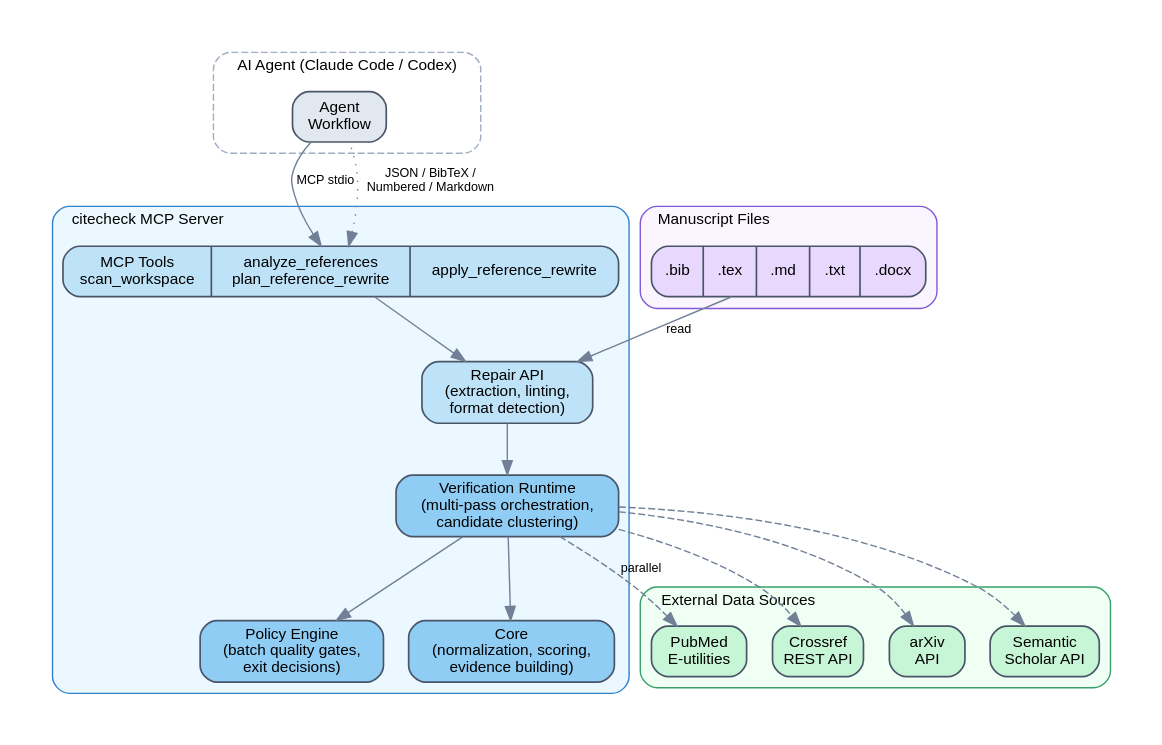
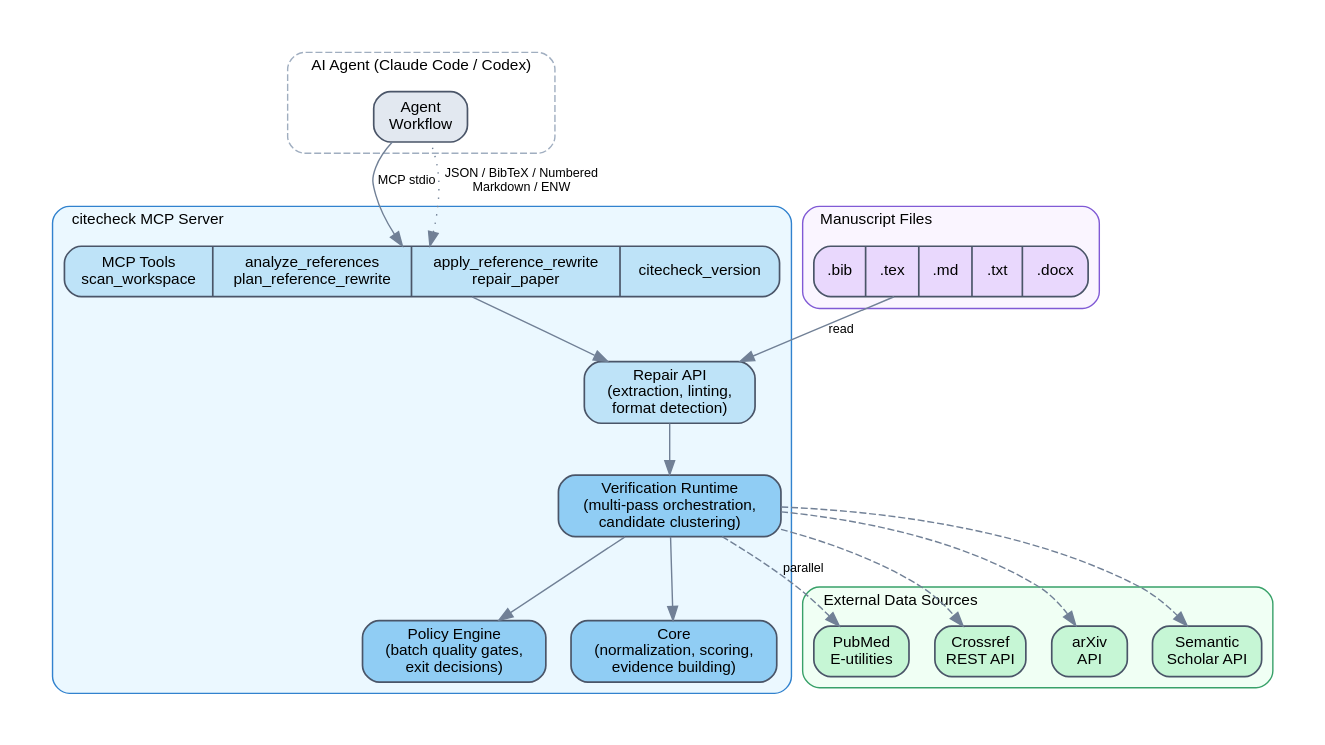
One commit to jhlee0619/citecheck changed the diagram in joss/architecture.dot. Above: the diagram before and after it, drawn with Graphviz. The commit also changed 1 other file, not shown here.

Commit message:
Fix architecture diagram: add missing tools and ENW format

```diff
--- a/joss/architecture.dot
+++ b/joss/architecture.dot
@@ -1,70 +1,70 @@
 digraph citecheck {
   rankdir=TB;
   fontname="Helvetica";
   node [fontname="Helvetica", fontsize=11, shape=box, style="rounded,filled", fillcolor="#f0f4f8", color="#4a5568", penwidth=1.2];
   edge [fontname="Helvetica", fontsize=9, color="#718096", penwidth=1.0];
   bgcolor="white";
   pad=0.3;
 
   subgraph cluster_agent {
     label="AI Agent (Claude Code / Codex)";
     labeljust=l;
     fontsize=11;
     style="dashed,rounded";
     color="#a0aec0";
     fillcolor="#fafbfc";
     agent [label="Agent\nWorkflow", fillcolor="#e2e8f0"];
   }
 
   subgraph cluster_mcp {
     label="citecheck MCP Server";
     labeljust=l;
     fontsize=11;
     style="rounded,filled";
     color="#3182ce";
     fillcolor="#ebf8ff";
 
-    tools [label="MCP Tools\nscan_workspace | analyze_references\nplan_reference_rewrite | apply_reference_rewrite", shape=record, fillcolor="#bee3f8"];
+    tools [label="MCP Tools\nscan_workspace | analyze_references\nplan_reference_rewrite | apply_reference_rewrite\nrepair_paper | citecheck_version", shape=record, fillcolor="#bee3f8"];
     repair [label="Repair API\n(extraction, linting,\nformat detection)", fillcolor="#bee3f8"];
     runtime [label="Verification Runtime\n(multi-pass orchestration,\ncandidate clustering)", fillcolor="#90cdf4"];
     policy [label="Policy Engine\n(batch quality gates,\nexit decisions)", fillcolor="#90cdf4"];
     core [label="Core\n(normalization, scoring,\nevidence building)", fillcolor="#90cdf4"];
   }
 
   subgraph cluster_sources {
     label="External Data Sources";
     labeljust=l;
     fontsize=11;
     style="rounded,filled";
     color="#38a169";
     fillcolor="#f0fff4";
 
     pubmed [label="PubMed\nE-utilities", fillcolor="#c6f6d5"];
     crossref [label="Crossref\nREST API", fillcolor="#c6f6d5"];
     arxiv [label="arXiv\nAPI", fillcolor="#c6f6d5"];
     semantic [label="Semantic\nScholar API", fillcolor="#c6f6d5"];
   }
 
   subgraph cluster_input {
     label="Manuscript Files";
     labeljust=l;
     fontsize=11;
     style="rounded,filled";
     color="#805ad5";
     fillcolor="#faf5ff";
 
     files [label=".bib  |  .tex  |  .md  |  .txt  |  .docx", shape=record, fillcolor="#e9d8fd"];
   }
 
   agent -> tools [label="MCP stdio"];
   files -> repair [label="read"];
   tools -> repair;
   repair -> runtime;
   runtime -> core;
   runtime -> policy;
   runtime -> pubmed [label="parallel", style=dashed];
   runtime -> crossref [label="", style=dashed];
   runtime -> arxiv [label="", style=dashed];
   runtime -> semantic [label="", style=dashed];
-  tools -> agent [label="JSON / BibTeX /\nNumbered / Markdown", style=dotted, dir=back];
+  tools -> agent [label="JSON / BibTeX / Numbered\nMarkdown / ENW", style=dotted, dir=back];
 }
```
